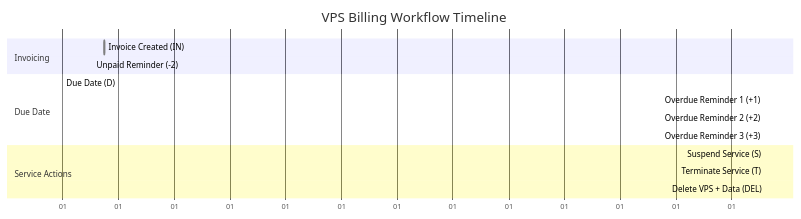
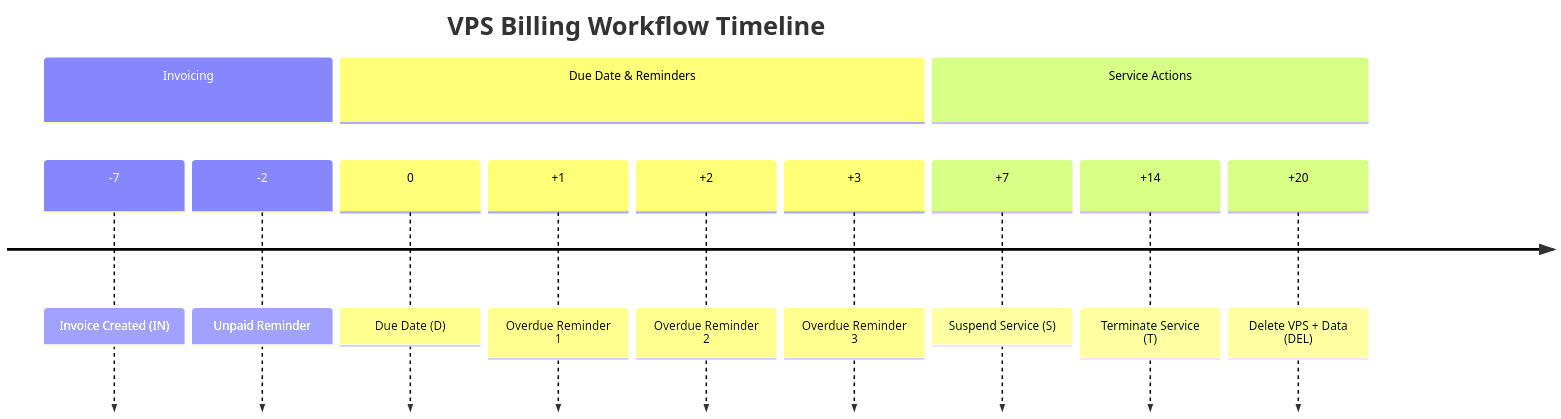
Before and after one commit to gExPl0ReR/docs: the first of 2 diagrams in faq/billing-lifecycle/automated-vps-billing-workflow.mdx, drawn with Mermaid. The commit also changed other lines of this file, not shown here.

Commit message:
Documentation edits made through Mintlify web editor

````diff
--- a/faq/billing-lifecycle/automated-vps-billing-workflow.mdx
+++ b/faq/billing-lifecycle/automated-vps-billing-workflow.mdx
@@ -24,18 +24,16 @@
 ```mermaid
-gantt
+timeline
     title VPS Billing Workflow Timeline
-    dateFormat  D
-    axisFormat  %d
     section Invoicing
-    Invoice Created (IN)         :done,  -7, 1d
-    Unpaid Reminder (-2)         :active, -2, 1d
-    section Due Date
-    Due Date (D)                 :done,  0, 1d
-    Overdue Reminder 1 (+1)      :crit, 1, 1d
-    Overdue Reminder 2 (+2)      :crit, 2, 1d
-    Overdue Reminder 3 (+3)      :crit, 3, 1d
+      -7 : Invoice Created (IN)
+      -2 : Unpaid Reminder
+    section Due Date & Reminders
+       0 : Due Date (D)
+      +1 : Overdue Reminder 1
+      +2 : Overdue Reminder 2
+      +3 : Overdue Reminder 3
     section Service Actions
-    Suspend Service (S)          :active, 7, 1d
-    Terminate Service (T)        :crit, 14, 1d
-    Delete VPS + Data (DEL)      :done, 20, 1d
+      +7 : Suspend Service (S)
+     +14 : Terminate Service (T)
+     +20 : Delete VPS + Data (DEL)
 ```
````
